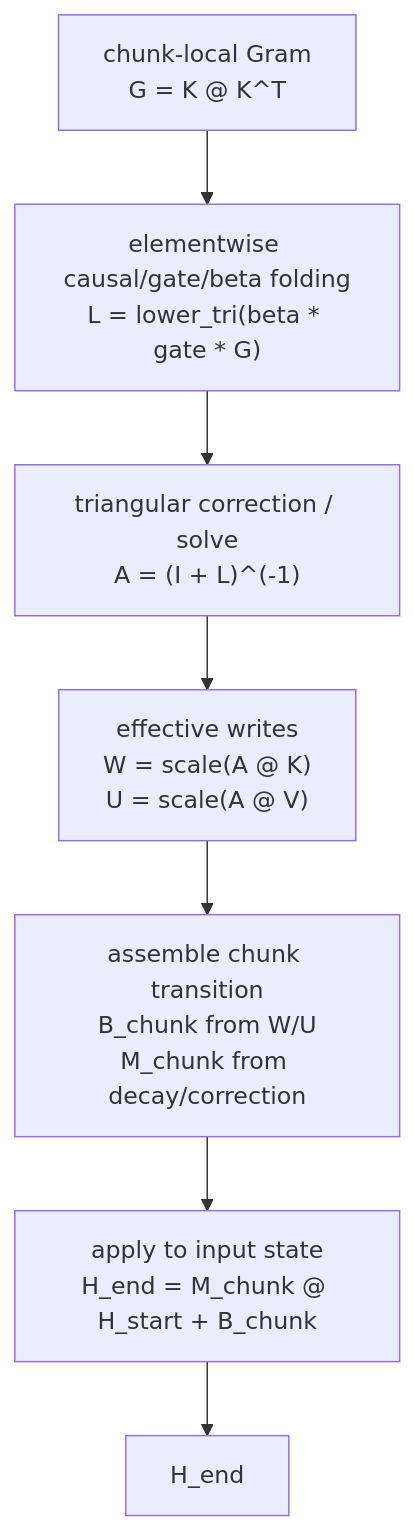
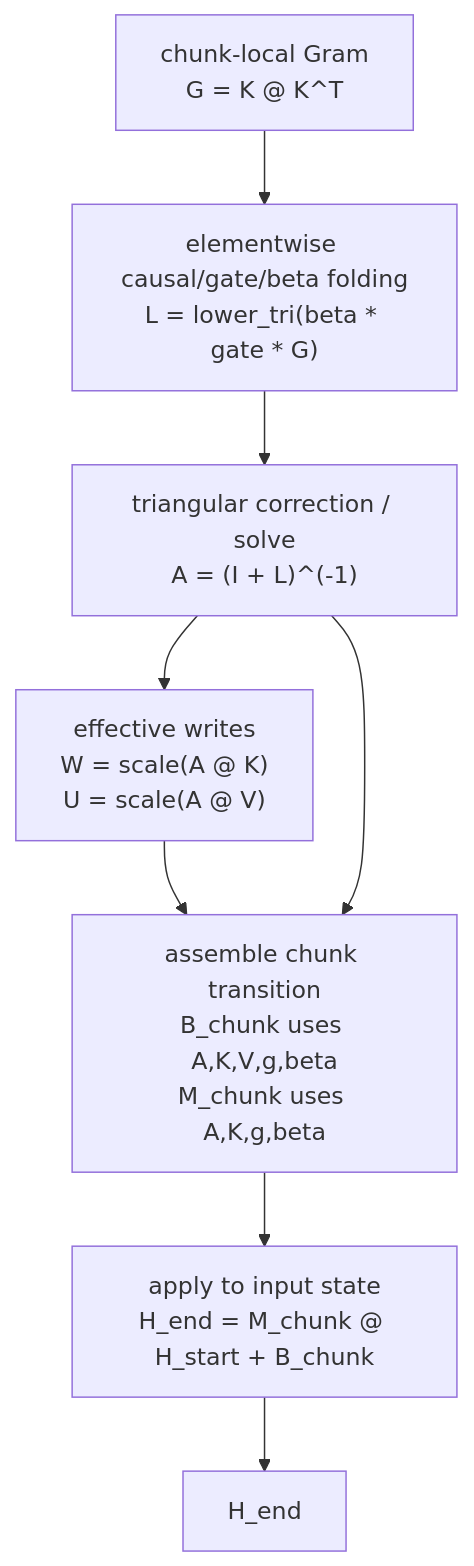
One commit to superAngGao/GDN-files changed the diagram in presentations/gdn-prefill-cp-split-neumann-zh-v2.md. Above: the diagram before and after it, drawn with Mermaid.

Commit message:
Show A dependency in chunk transition

````diff
--- a/presentations/gdn-prefill-cp-split-neumann-zh-v2.md
+++ b/presentations/gdn-prefill-cp-split-neumann-zh-v2.md
@@ -65,16 +65,17 @@
 ```mermaid
 flowchart TD
     Gram["chunk-local Gram\nG = K @ K^T"]
     L["elementwise causal/gate/beta folding\nL = lower_tri(beta * gate * G)"]
     A["triangular correction / solve\nA = (I + L)^(-1)"]
     EW["effective writes\nW = scale(A @ K)\nU = scale(A @ V)"]
-    Affine["assemble chunk transition\nB_chunk from W/U\nM_chunk from decay/correction"]
+    Affine["assemble chunk transition\nB_chunk uses A,K,V,g,beta\nM_chunk uses A,K,g,beta"]
     HEndFormula["apply to input state\nH_end = M_chunk @ H_start + B_chunk"]
 
     Gram --> L
     L --> A
     A --> EW
     EW --> Affine
+    A --> Affine
     Affine --> HEndFormula
     HEndFormula --> HEnd["H_end"]
 ```
````
